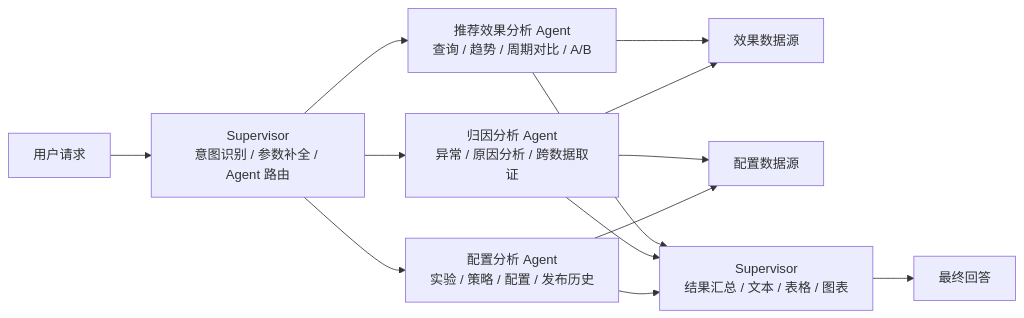
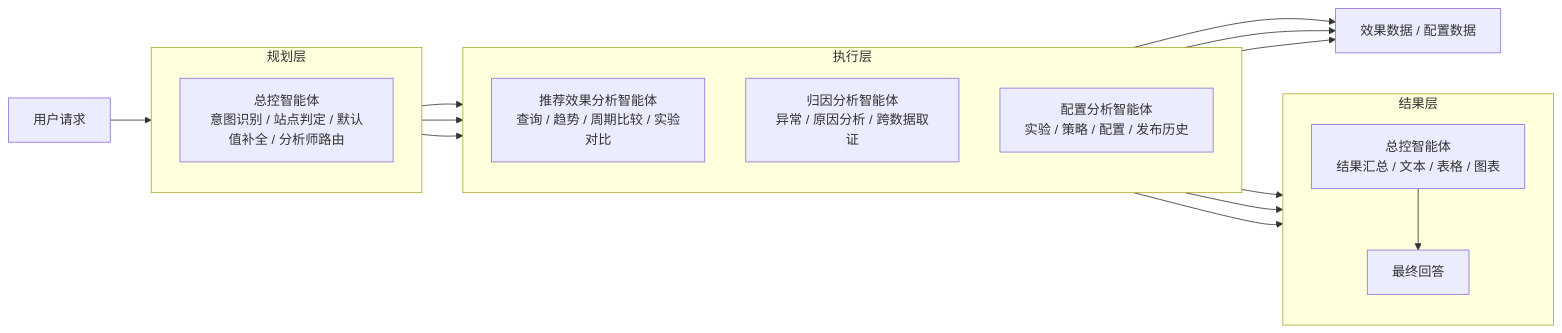
One commit to sgfd-ui/internship changed the first of 2 diagrams in weekly-report/agent-comparison.md. Above: the diagram before and after it, drawn with Mermaid. The commit also changed other lines of this file, not shown here.

Commit message:
docs: reorganize chapter one with aligned Chinese architecture layers

````diff
--- a/weekly-report/agent-comparison.md
+++ b/weekly-report/agent-comparison.md
@@ -22,18 +22,38 @@
 ```mermaid
 flowchart LR
-    U[用户请求] --> S[Supervisor<br/>意图识别 / 参数补全 / Agent 路由]
+    U[用户请求]
 
-    S --> E[推荐效果分析 Agent<br/>查询 / 趋势 / 周期对比 / A/B]
-    S --> R[归因分析 Agent<br/>异常 / 原因分析 / 跨数据取证]
-    S --> C[配置分析 Agent<br/>实验 / 策略 / 配置 / 发布历史]
+    subgraph P[规划层]
+        direction TB
+        S[总控智能体<br/>意图识别 / 站点判定 / 默认值补全 / 分析师路由]
+    end
 
-    E --> D[效果数据源]
-    R --> D
-    R --> P[配置数据源]
-    C --> P
+    subgraph E[执行层]
+        direction TB
+        E1[推荐效果分析智能体<br/>查询 / 趋势 / 周期比较 / 实验对比]
+        E2[归因分析智能体<br/>异常 / 原因分析 / 跨数据取证]
+        E3[配置分析智能体<br/>实验 / 策略 / 配置 / 发布历史]
+    end
 
-    E --> O[Supervisor<br/>结果汇总 / 文本 / 表格 / 图表]
-    R --> O
-    C --> O
-    O --> F[最终回答]
+    subgraph R[结果层]
+        direction TB
+        O[总控智能体<br/>结果汇总 / 文本 / 表格 / 图表]
+        F[最终回答]
+    end
+
+    D[效果数据 / 配置数据]
+
+    U --> S
+    S --> E1
+    S --> E2
+    S --> E3
+
+    E1 --> D
+    E2 --> D
+    E3 --> D
+
+    E1 --> O
+    E2 --> O
+    E3 --> O
+    O --> F
 ```
````
